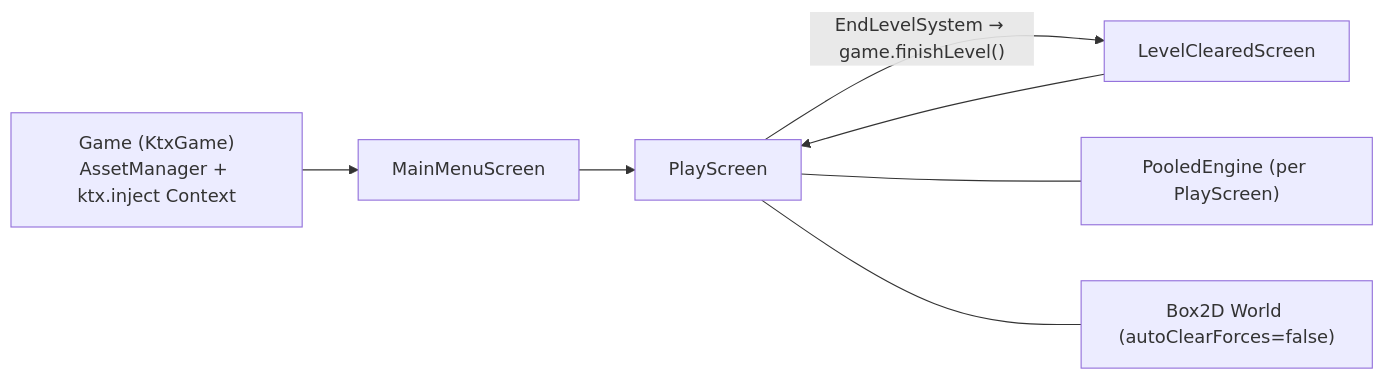
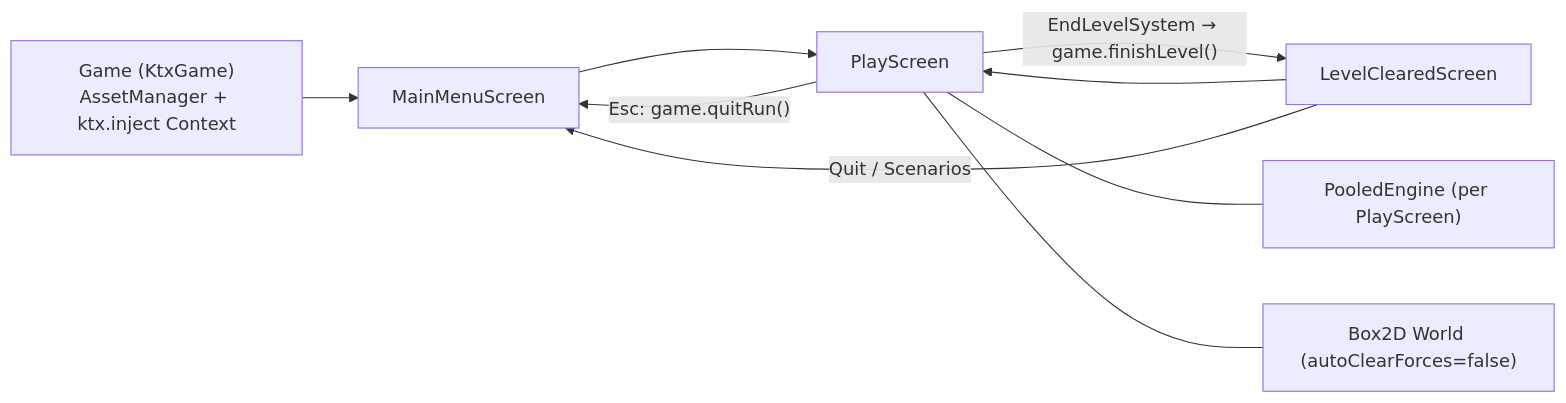
One commit to pepek42/star-trap changed the diagram in docs/tech/architecture.md. Above: the diagram before and after it, drawn with Mermaid. The commit also changed other lines of this file and 28 other files, not shown here.

First line of the commit message:
Menus: New game (level 1/5 + run physics), Scenarios, global Settings; restyled between-levels screen

````diff
--- a/docs/tech/architecture.md
+++ b/docs/tech/architecture.md
@@ -19,9 +19,11 @@
 ```mermaid
 flowchart LR
   Game["Game (KtxGame)<br/>AssetManager + ktx.inject Context"] --> MainMenuScreen
   MainMenuScreen --> PlayScreen
   PlayScreen -->|"EndLevelSystem → game.finishLevel()"| LevelClearedScreen
   LevelClearedScreen --> PlayScreen
+  LevelClearedScreen -->|"Quit / Scenarios"| MainMenuScreen
+  PlayScreen -->|"Esc: game.quitRun()"| MainMenuScreen
   PlayScreen --- Engine["PooledEngine (per PlayScreen)"]
   PlayScreen --- World["Box2D World (autoClearForces=false)"]
 ```
````
